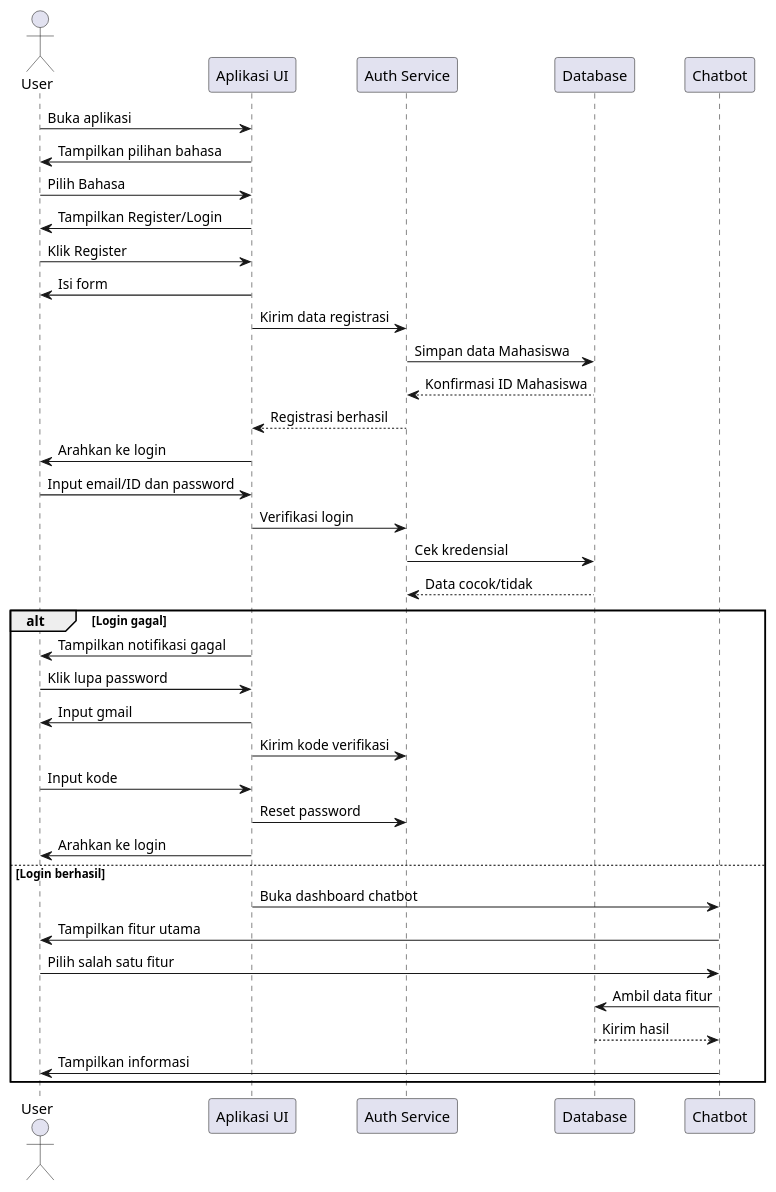
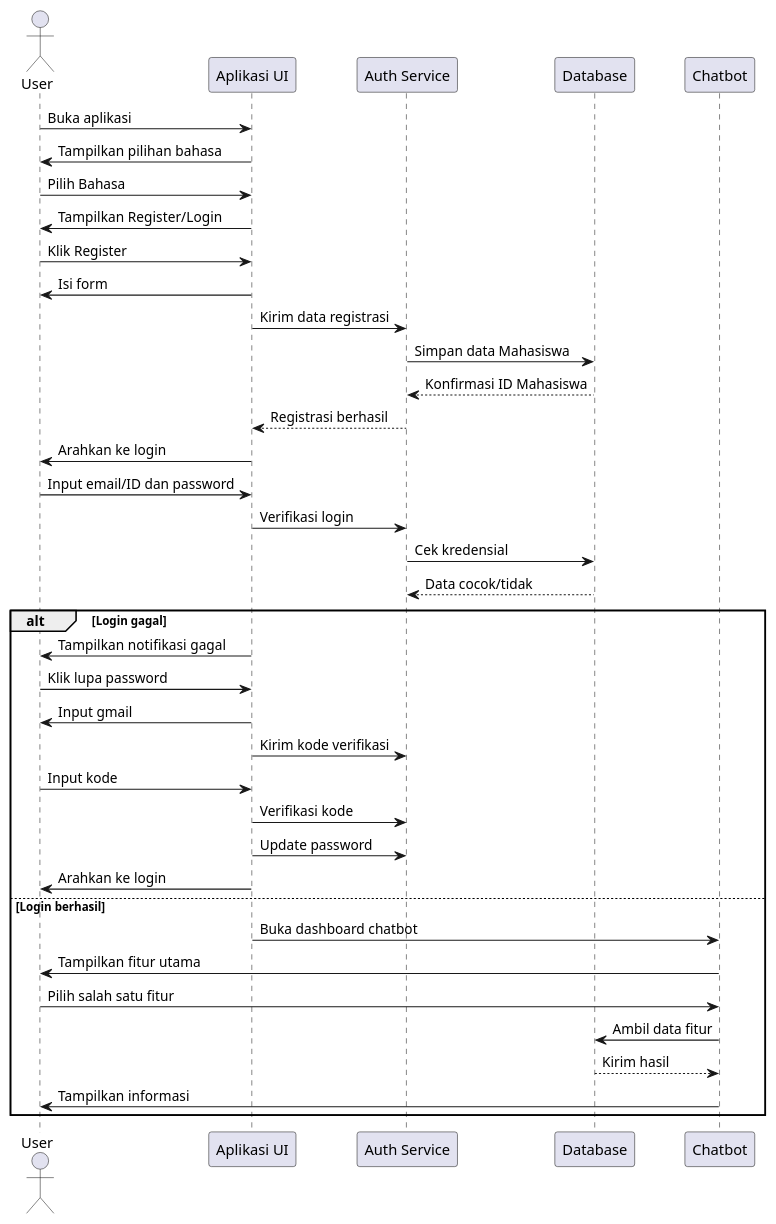
One commit to Kevin420-KS/APSI-Analisis-Perancangan-Sistem-Informasi- changed the diagram in Project akhir/sequence.puml. Above: the diagram before and after it, drawn with PlantUML. The commit also changed 4 other files, not shown here.

```diff
--- a/Project akhir/sequence.puml
+++ b/Project akhir/sequence.puml
@@ -1,41 +1,42 @@
 @startuml
 actor User
 participant "Aplikasi UI" as UI
 participant "Auth Service" as Auth
 participant "Database" as DB
 participant "Chatbot" as Bot
 
 User -> UI : Buka aplikasi
 UI -> User : Tampilkan pilihan bahasa
 User -> UI : Pilih Bahasa
 UI -> User : Tampilkan Register/Login
 
 User -> UI : Klik Register
 UI -> User : Isi form
 UI -> Auth : Kirim data registrasi
 Auth -> DB : Simpan data Mahasiswa
 DB --> Auth : Konfirmasi ID Mahasiswa
 Auth --> UI : Registrasi berhasil
 UI -> User : Arahkan ke login
 
 User -> UI : Input email/ID dan password
 UI -> Auth : Verifikasi login
 Auth -> DB : Cek kredensial
 DB --> Auth : Data cocok/tidak
 alt Login gagal
   UI -> User : Tampilkan notifikasi gagal
   User -> UI : Klik lupa password
   UI -> User : Input gmail
   UI -> Auth : Kirim kode verifikasi
   User -> UI : Input kode
-  UI -> Auth : Reset password
+  UI -> Auth : Verifikasi kode
+  UI -> Auth : Update password
   UI -> User : Arahkan ke login
 else Login berhasil
   UI -> Bot : Buka dashboard chatbot
   Bot -> User : Tampilkan fitur utama
   User -> Bot : Pilih salah satu fitur
   Bot -> DB : Ambil data fitur
   DB --> Bot : Kirim hasil
   Bot -> User : Tampilkan informasi
 end
 @enduml
```
